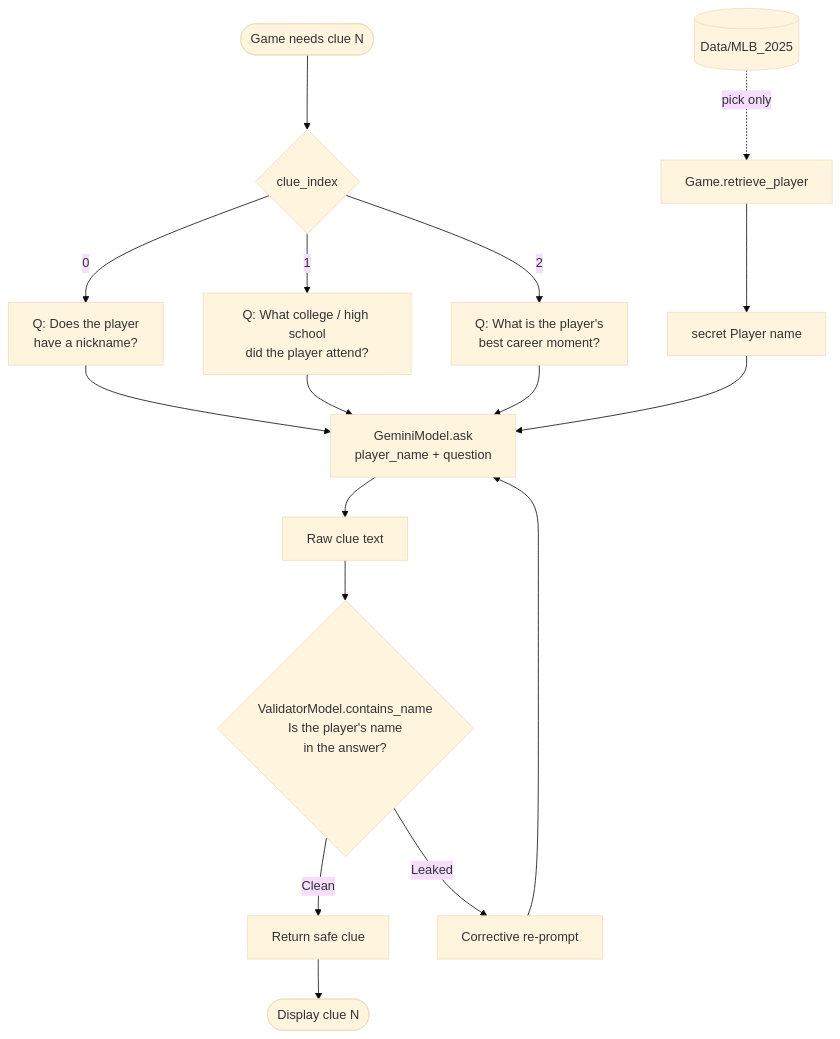
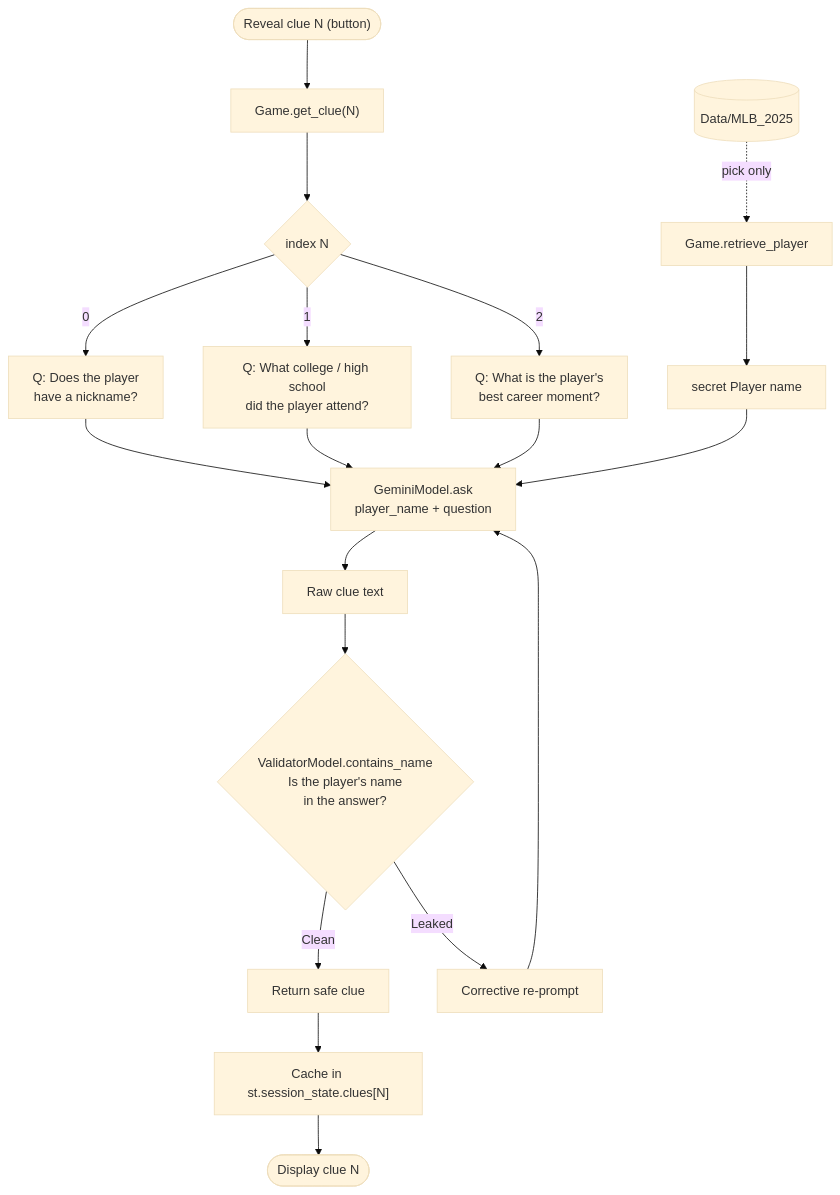
Before and after one commit to yang1571339186-creator/DJ-You-Recommender: the third of 4 diagrams in Design.md, drawn with Mermaid (base theme). The commit also changed other lines of this file and 1 other file, not shown here.

````diff
--- a/Design.md
+++ b/Design.md
@@ -100,23 +159,25 @@
 ```mermaid
 flowchart TD
     Data[(Data/MLB_2025)] -.pick only.-> Pick[Game.retrieve_player]
     Pick --> Secret[secret Player name]
 
-    Request([Game needs clue N]) --> Select{clue_index}
+    Request(["Reveal clue N (button)"]) --> GetClue["Game.get_clue(N)"]
+    GetClue --> Select{index N}
     Select -->|0| Q1["Q: Does the player<br/>have a nickname?"]
     Select -->|1| Q2["Q: What college / high school<br/>did the player attend?"]
     Select -->|2| Q3["Q: What is the player's<br/>best career moment?"]
 
     Q1 --> Gemini
     Q2 --> Gemini
     Q3 --> Gemini
     Secret --> Gemini[GeminiModel.ask<br/>player_name + question]
 
     Gemini --> Raw[Raw clue text]
     Raw --> Validator{ValidatorModel.contains_name<br/>Is the player's name<br/>in the answer?}
 
     Validator -->|Clean| Return[Return safe clue]
     Validator -->|Leaked| Regen[Corrective re-prompt]
     Regen --> Gemini
-    Return --> Display([Display clue N])
+    Return --> Cache["Cache in st.session_state.clues[N]"]
+    Cache --> Display([Display clue N])
 ```
````
